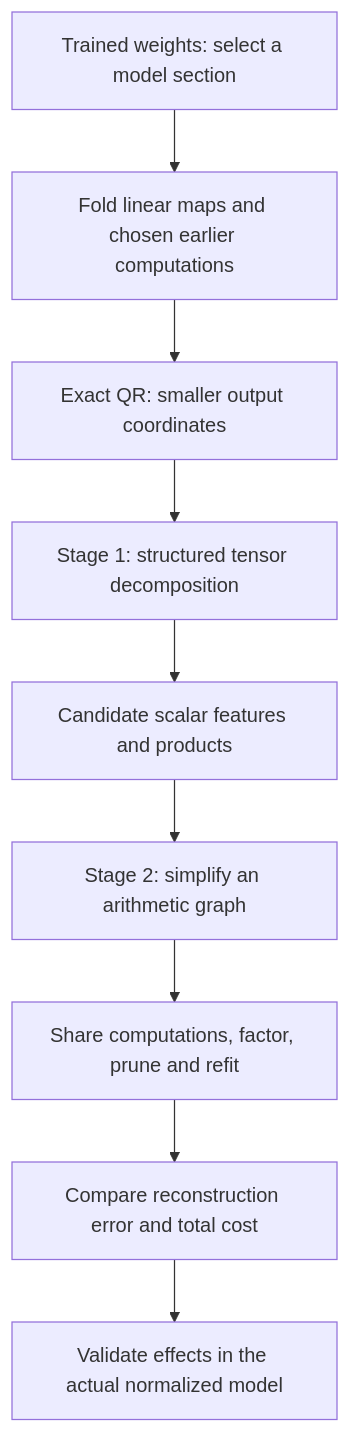
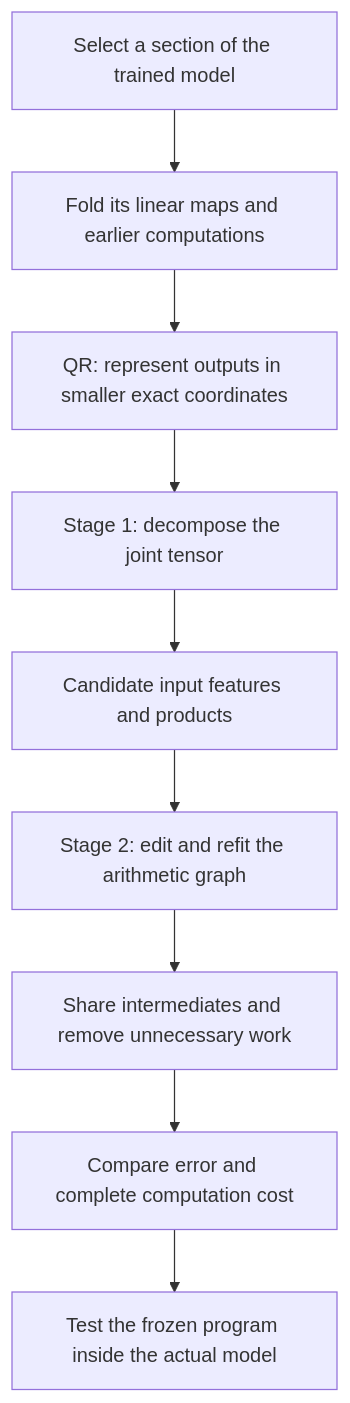
The first of 2 diagrams in basis_aligned/polynomial_causal/explanations/for_logan/research_update_2026-09-21_0104_full_coverage_and_shared_baselines.md (loganriggs/tensor_language), drawn with Mermaid before and after one commit. The commit also changed other lines of this file and 23 other files, not shown here.

````diff
--- a/basis_aligned/polynomial_causal/explanations/for_logan/research_update_2026-09-21_0104_full_coverage_and_shared_baselines.md
+++ b/basis_aligned/polynomial_causal/explanations/for_logan/research_update_2026-09-21_0104_full_coverage_and_shared_baselines.md
@@ -17,11 +13,11 @@
 ```mermaid
 flowchart TD
-    A[Trained weights: select a model section] --> B[Fold linear maps and chosen earlier computations]
-    B --> C[Exact QR: smaller output coordinates]
-    C --> D[Stage 1: structured tensor decomposition]
-    D --> E[Candidate scalar features and products]
-    E --> F[Stage 2: simplify an arithmetic graph]
-    F --> G[Share computations, factor, prune and refit]
-    G --> H[Compare reconstruction error and total cost]
-    H --> I[Validate effects in the actual normalized model]
+    A[Select a section of the trained model] --> B[Fold its linear maps and earlier computations]
+    B --> C[QR: represent outputs in smaller exact coordinates]
+    C --> D[Stage 1: decompose the joint tensor]
+    D --> E[Candidate input features and products]
+    E --> F[Stage 2: edit and refit the arithmetic graph]
+    F --> G[Share intermediates and remove unnecessary work]
+    G --> H[Compare error and complete computation cost]
+    H --> I[Test the frozen program inside the actual model]
 ```
````
